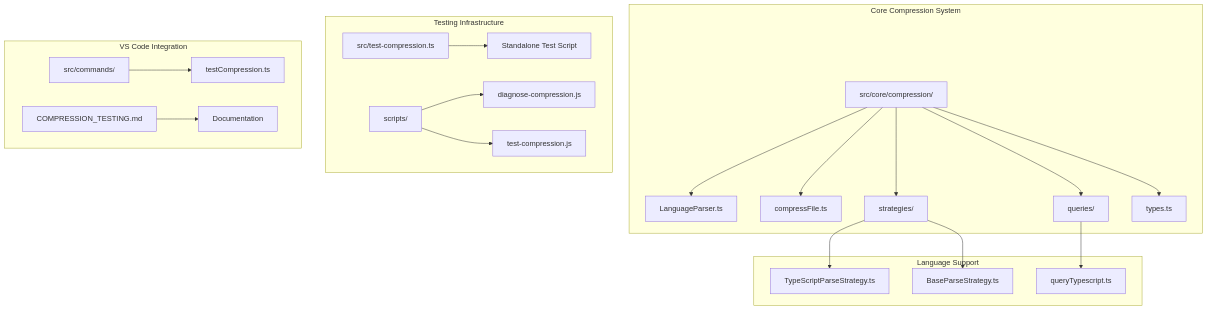
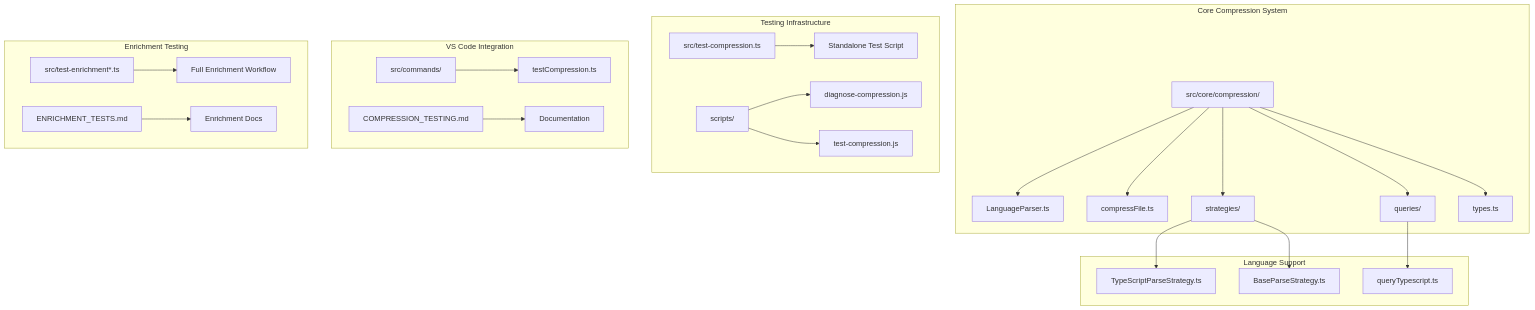
The first of 6 diagrams in .qoder/repowiki/en/content/Testing Framework/Compression Testing Framework.md (bramburn/repomix-runner), drawn with Mermaid before and after one commit. The commit also changed other lines of this file and 14 other files, not shown here.

````diff
--- a/.qoder/repowiki/en/content/Testing Framework/Compression Testing Framework.md
+++ b/.qoder/repowiki/en/content/Testing Framework/Compression Testing Framework.md
@@ -41,24 +56,28 @@
 ```mermaid
 graph TB
 subgraph "Core Compression System"
 A[src/core/compression/] --> B[LanguageParser.ts]
 A --> C[compressFile.ts]
 A --> D[strategies/]
 A --> E[queries/]
 A --> F[types.ts]
 end
 subgraph "Testing Infrastructure"
 G[src/test-compression.ts] --> H[Standalone Test Script]
 I[scripts/] --> J[diagnose-compression.js]
 I --> K[test-compression.js]
 end
 subgraph "VS Code Integration"
 L[src/commands/] --> M[testCompression.ts]
 N[COMPRESSION_TESTING.md] --> O[Documentation]
 end
+subgraph "Enrichment Testing"
+P[src/test-enrichment*.ts] --> Q[Full Enrichment Workflow]
+R[ENRICHMENT_TESTS.md] --> S[Enrichment Docs]
+end
 subgraph "Language Support"
-D --> P[TypeScriptParseStrategy.ts]
-D --> Q[BaseParseStrategy.ts]
-E --> R[queryTypescript.ts]
+D --> T[TypeScriptParseStrategy.ts]
+D --> U[BaseParseStrategy.ts]
+E --> V[queryTypescript.ts]
 end
 ```
````
